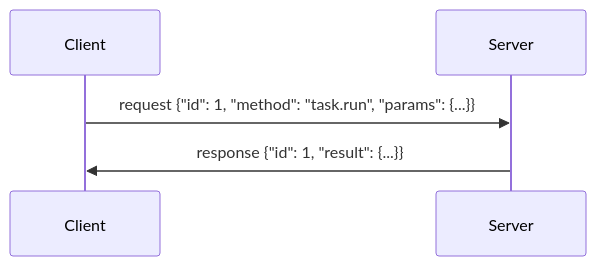
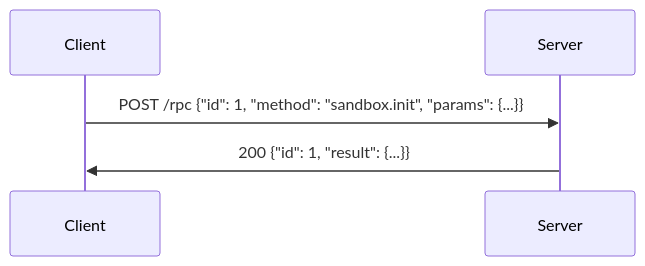
Before and after one commit to brekkylab/virtx: the first of 2 diagrams in virtx-core/PROTOCOL.md, drawn with Mermaid. The commit also changed other lines of this file, not shown here.

````diff
--- a/virtx-core/PROTOCOL.md
+++ b/virtx-core/PROTOCOL.md
@@ -41,7 +101,7 @@
 ```mermaid
 sequenceDiagram
     participant C as Client
     participant S as Server
-    C->>S: request {"id": 1, "method": "task.run", "params": {...}}
-    S->>C: response {"id": 1, "result": {...}}
+    C->>S: POST /rpc {"id": 1, "method": "sandbox.init", "params": {...}}
+    S->>C: 200 {"id": 1, "result": {...}}
 ```
````
